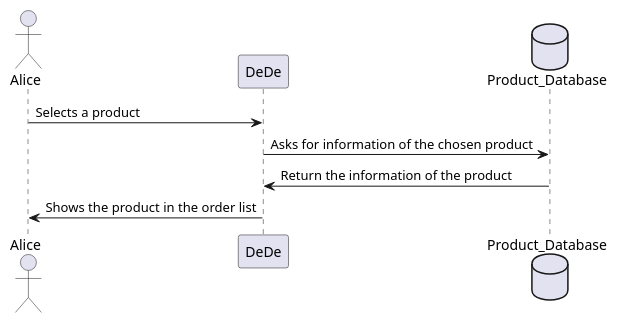
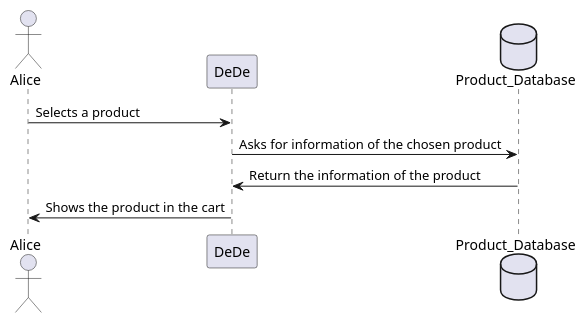
The first of 2 diagrams in docs/06_runtime_view.adoc (Arquisoft/dede_en1a), drawn with PlantUML before and after one commit. The commit also changed other lines of this file and 10 other files, not shown here.

```diff
--- a/docs/06_runtime_view.adoc
+++ b/docs/06_runtime_view.adoc
@@ -9,10 +9,11 @@
 [plantuml,"alice_order",png]
 ----
 actor Alice
 participant DeDe
 database Product_Database
+
 Alice -> DeDe : Selects a product
 DeDe -> Product_Database : Asks for information of the chosen product
 DeDe <- Product_Database : Return the information of the product
-Alice <- DeDe : Shows the product in the order list
+Alice <- DeDe : Shows the product in the cart
 ----
```
